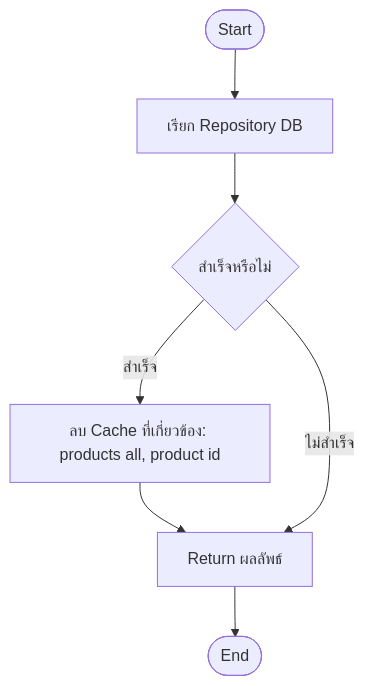
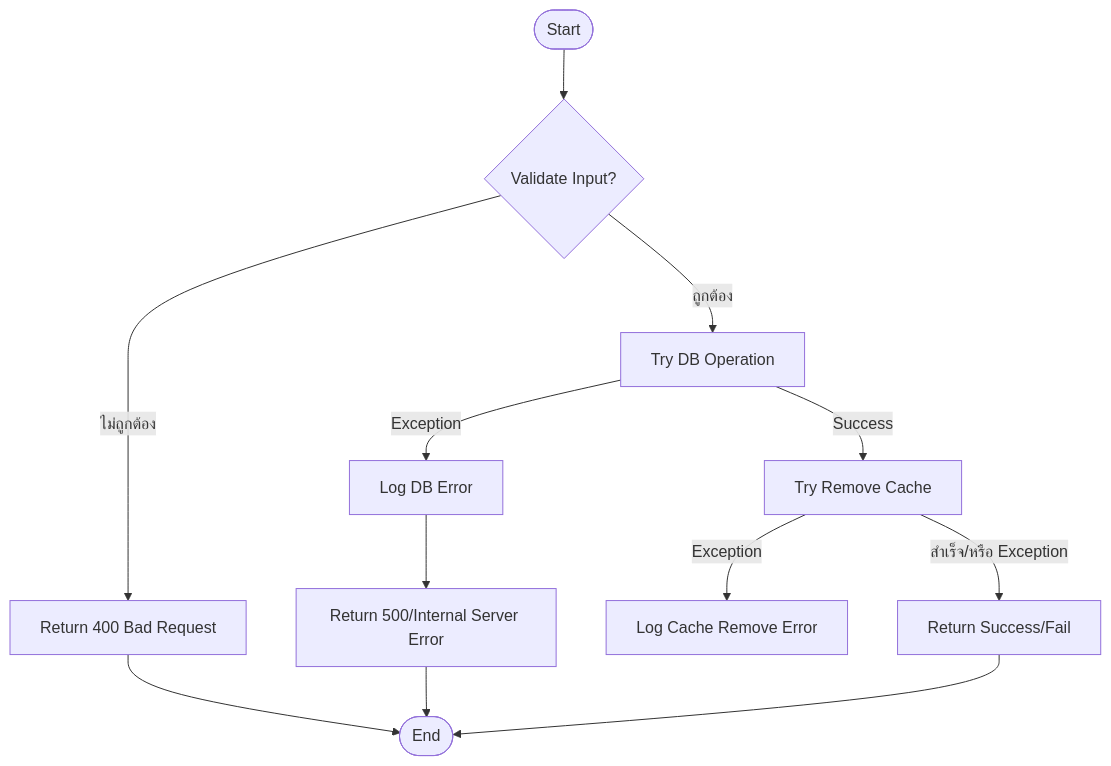
The third of 3 diagrams in README.md (nuchit2019/ProductAPI_Redis_Serilog_Seq), drawn with Mermaid before and after one commit. The commit also changed other lines of this file, not shown here.

````diff
--- a/README.md
+++ b/README.md
@@ -379,10 +386,15 @@
 ```mermaid
 flowchart TD
-    A([Start]) --> B[เรียก Repository DB]
-    B --> C{สำเร็จหรือไม่}
-    C -- "สำเร็จ" --> D[ลบ Cache ที่เกี่ยวข้อง: products all, product id]
-    D --> E[Return ผลลัพธ์]
-    C -- "ไม่สำเร็จ" --> E
-    E --> Z([End])
+    Start([Start]) --> ValidateInput{Validate Input?}
+    ValidateInput -- "ไม่ถูกต้อง" --> Return400[Return 400 Bad Request]
+    ValidateInput -- "ถูกต้อง" --> TryRepoOp[Try DB Operation]
+    TryRepoOp -- "Exception" --> LogDBError[Log DB Error] --> Return500[Return 500/Internal Server Error]
+    TryRepoOp -- "Success" --> TryRemoveCache[Try Remove Cache]
+    TryRemoveCache -- "Exception" --> LogCacheError[Log Cache Remove Error]
+    TryRemoveCache -- "สำเร็จ/หรือ Exception" --> ReturnResult[Return Success/Fail]
+    ReturnResult --> End([End])
+    Return400 --> End
+    Return500 --> End
+
 
 ```
````
